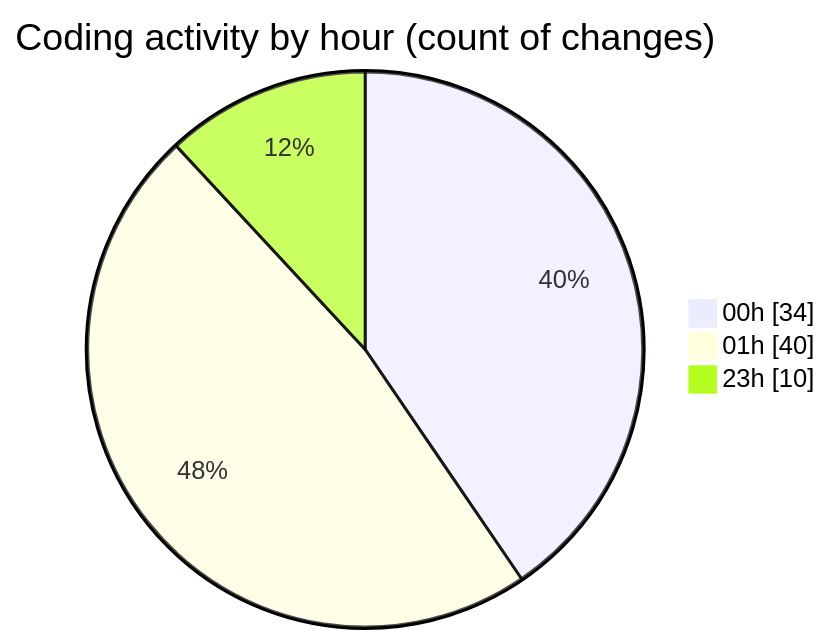
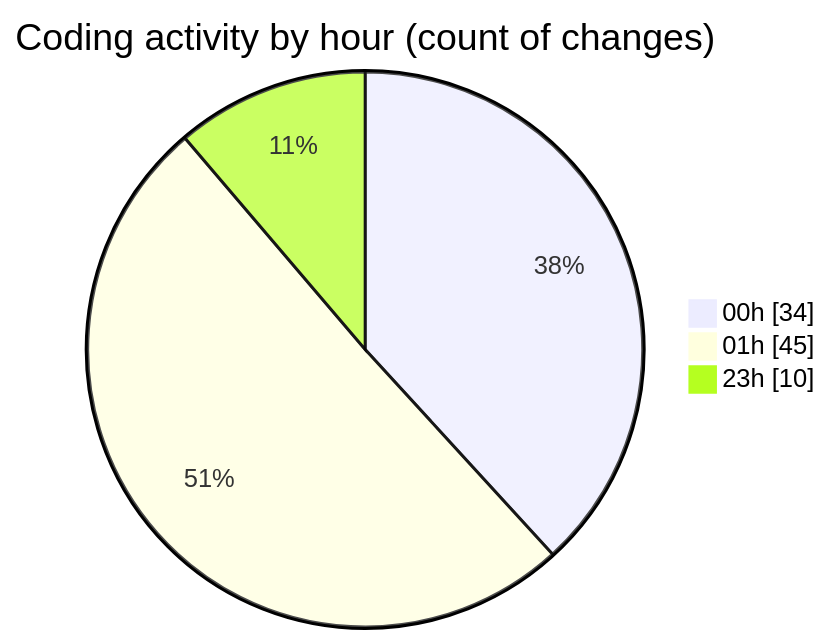
One commit to lephambinh05/code-tracking changed the second of 2 diagrams in 2025-07-15/nhahang/README.md. Above: the diagram before and after it, drawn with Mermaid. The commit also changed other lines of this file and 1 other file, not shown here.

````diff
--- a/2025-07-15/nhahang/README.md
+++ b/2025-07-15/nhahang/README.md
@@ -70,7 +73,7 @@
 ```mermaid
 pie showData
 title Coding activity by hour (count of changes)
 "00h" : 34
-"01h" : 40
+"01h" : 45
 "23h" : 10
 ```
````
